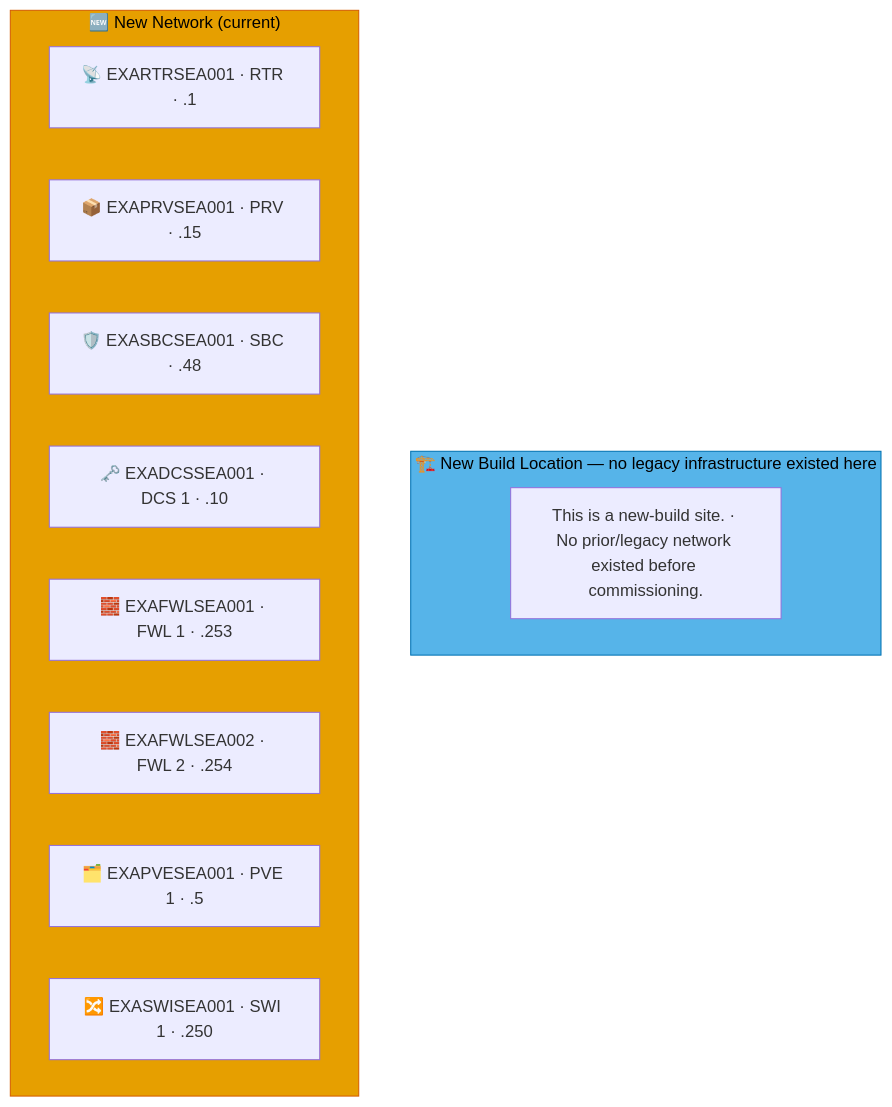
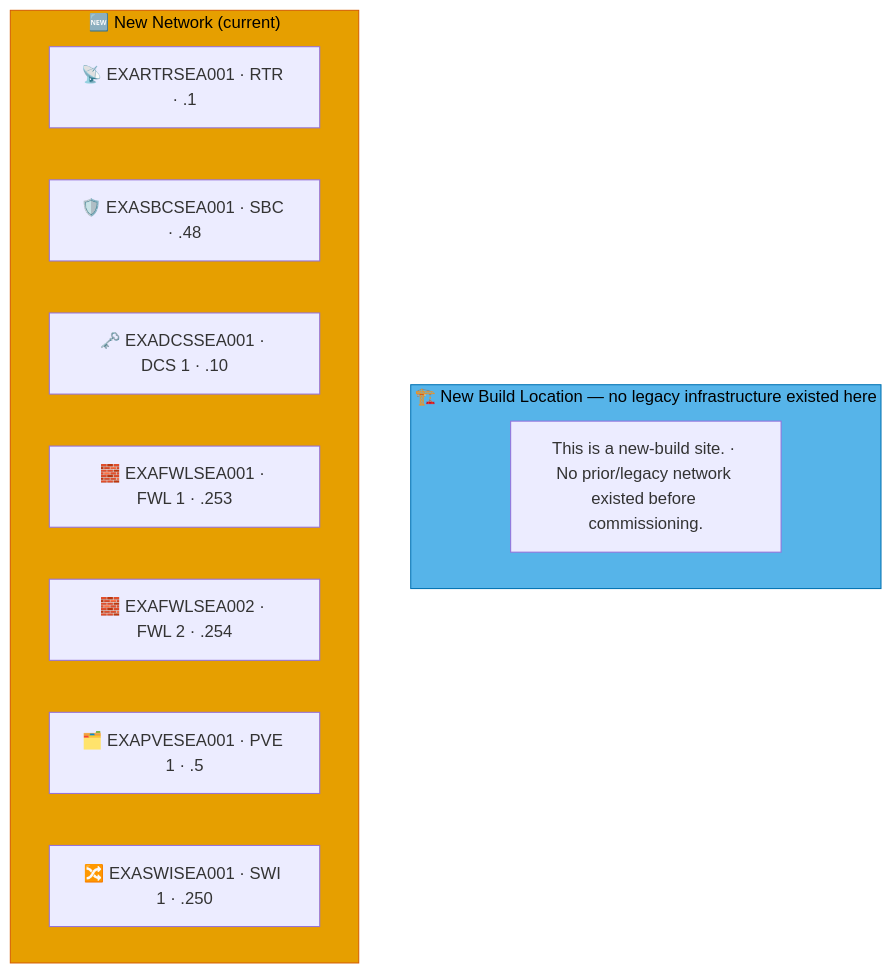
Before and after one commit to knightmare2600/example_music_infra: the seventh of 8 diagrams in docs/network-diagram/united-states.md, drawn with Mermaid. The commit also changed other lines of this file and 55 other files, not shown here.

````diff
--- a/docs/network-diagram/united-states.md
+++ b/docs/network-diagram/united-states.md
@@ -334,20 +328,19 @@
 ```mermaid
 graph TD
     subgraph OLD_SEA ["🏗️ New Build Location — no legacy infrastructure existed here"]
       N_OLD_NOTE["This is a new-build site. · No prior/legacy network existed before commissioning."]
     end
     style OLD_SEA fill:#56B4E9,stroke:#0072B2,color:#000000
     %% GENERATED:NEW-NETWORK:SEA:START
     subgraph NEW_SEA ["🆕 New Network (current)"]
       N_RTR["📡 EXARTRSEA001 · RTR · .1"]
-      N_PRV["📦 EXAPRVSEA001 · PRV · .15"]
       N_SBC["🛡️ EXASBCSEA001 · SBC · .48"]
       N_DCS["🗝️ EXADCSSEA001 · DCS 1 · .10"]
       N_FWL["🧱 EXAFWLSEA001 · FWL 1 · .253"]
       N_FWL2["🧱 EXAFWLSEA002 · FWL 2 · .254"]
       N_PVE["🗂️ EXAPVESEA001 · PVE 1 · .5"]
       N_SWI["🔀 EXASWISEA001 · SWI 1 · .250"]
     end
     style NEW_SEA fill:#E69F00,stroke:#D55E00,color:#000000
     %% GENERATED:NEW-NETWORK:SEA:END
 ```
````
